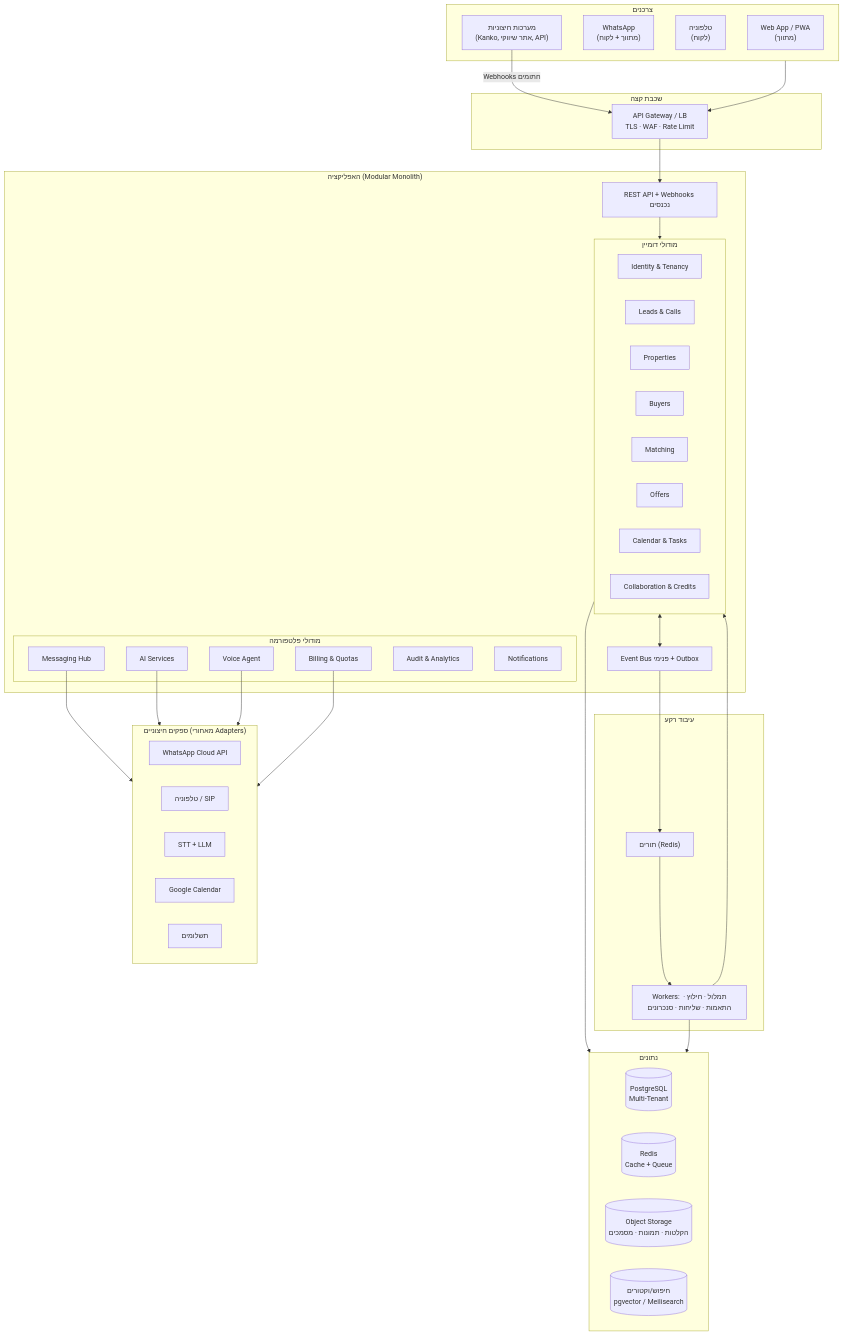
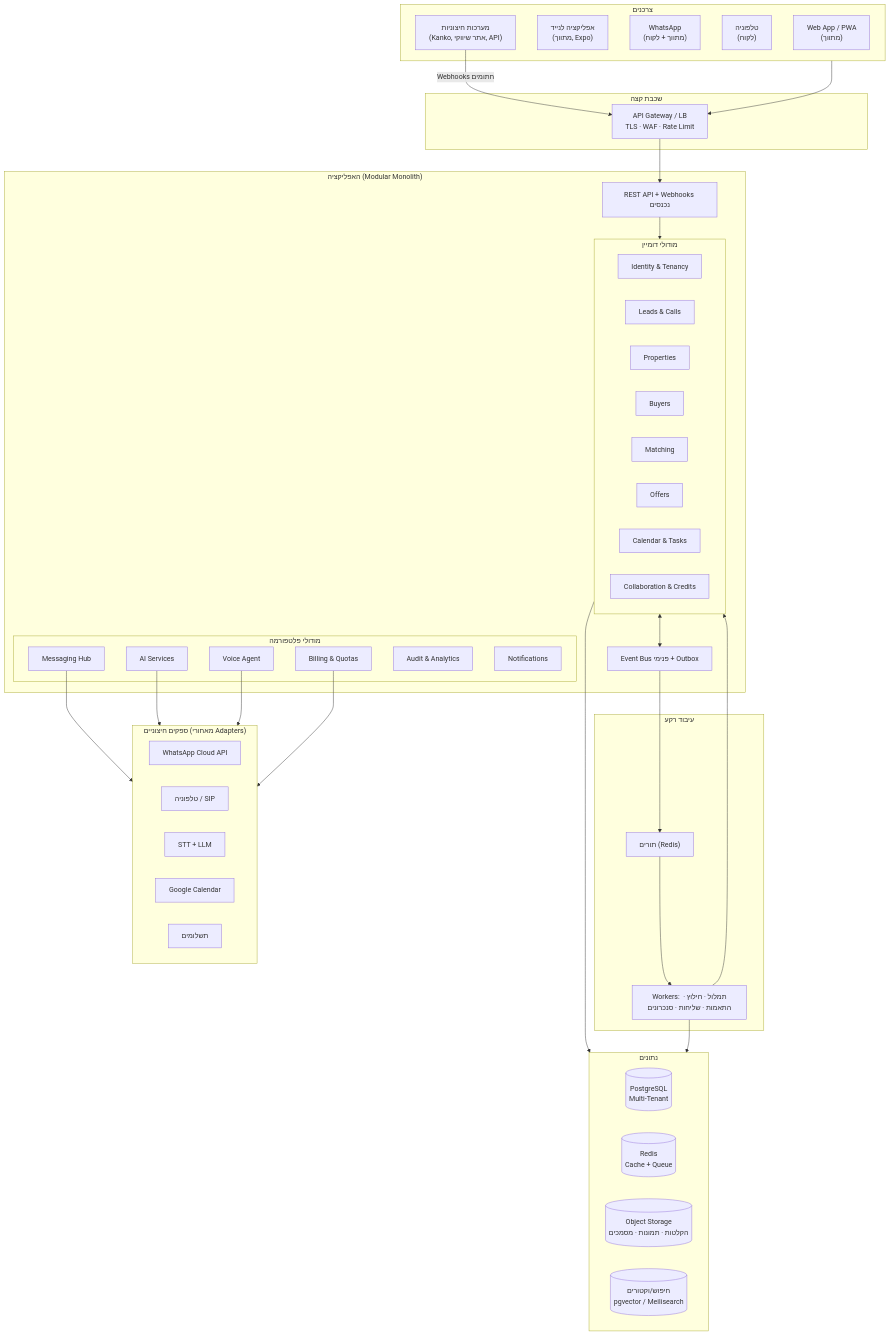
The first of 2 diagrams in docs/02-architecture.md (multidigitalltd/metavchim), drawn with Mermaid before and after one commit. The commit also changed other lines of this file and 90 other files, not shown here.

First line of the commit message:
האפליקציה לנייד: Expo על אותו API, Session בכותרת Bearer, Push נייטיב, הסוכן בקול (#552)

````diff
--- a/docs/02-architecture.md
+++ b/docs/02-architecture.md
@@ -7,66 +7,67 @@
 ```mermaid
 flowchart TB
     subgraph Clients["צרכנים"]
         PWA["Web App / PWA<br/>(מתווך)"]
+        MOB["אפליקציה לנייד<br/>(מתווך, Expo)"]
         WA["WhatsApp<br/>(מתווך + לקוח)"]
         TEL["טלפוניה<br/>(לקוח)"]
         EXT["מערכות חיצוניות<br/>(Kanko, אתר שיווקי, API)"]
     end
 
     subgraph Edge["שכבת קצה"]
         GW["API Gateway / LB<br/>TLS · WAF · Rate Limit"]
     end
 
     subgraph App["האפליקציה (Modular Monolith)"]
         API["REST API + Webhooks נכנסים"]
         subgraph Modules["מודולי דומיין"]
             M1[Identity & Tenancy]
             M2[Leads & Calls]
             M3[Properties]
             M4[Buyers]
             M5[Matching]
             M6[Offers]
             M7[Calendar & Tasks]
             M8[Collaboration & Credits]
         end
         subgraph Platform["מודולי פלטפורמה"]
             P1[Messaging Hub]
             P2[AI Services]
             P3[Voice Agent]
             P4[Billing & Quotas]
             P5[Audit & Analytics]
             P6[Notifications]
         end
         BUS["Event Bus פנימי + Outbox"]
     end
 
     subgraph Workers["עיבוד רקע"]
         Q["תורים (Redis)"]
         W["Workers: תמלול · חילוץ · התאמות · שליחות · סנכרונים"]
     end
 
     subgraph Data["נתונים"]
         PG[(PostgreSQL<br/>Multi-Tenant)]
         RD[(Redis<br/>Cache + Queue)]
         S3[(Object Storage<br/>הקלטות · תמונות · מסמכים)]
         SRCH[(חיפוש/וקטורים<br/>pgvector / Meilisearch)]
     end
 
     subgraph Providers["ספקים חיצוניים (מאחורי Adapters)"]
         PRV1[WhatsApp Cloud API]
         PRV2[טלפוניה / SIP]
         PRV3[STT + LLM]
         PRV4[Google Calendar]
         PRV5[תשלומים]
     end
 
     Clients --> GW --> API
     API --> Modules
     Modules <--> BUS
     BUS --> Q --> W
     W --> Modules
     Modules --> Data
     W --> Data
     P1 & P2 & P3 & P4 --> Providers
     EXT -->|Webhooks חתומים| GW
 ```
````
